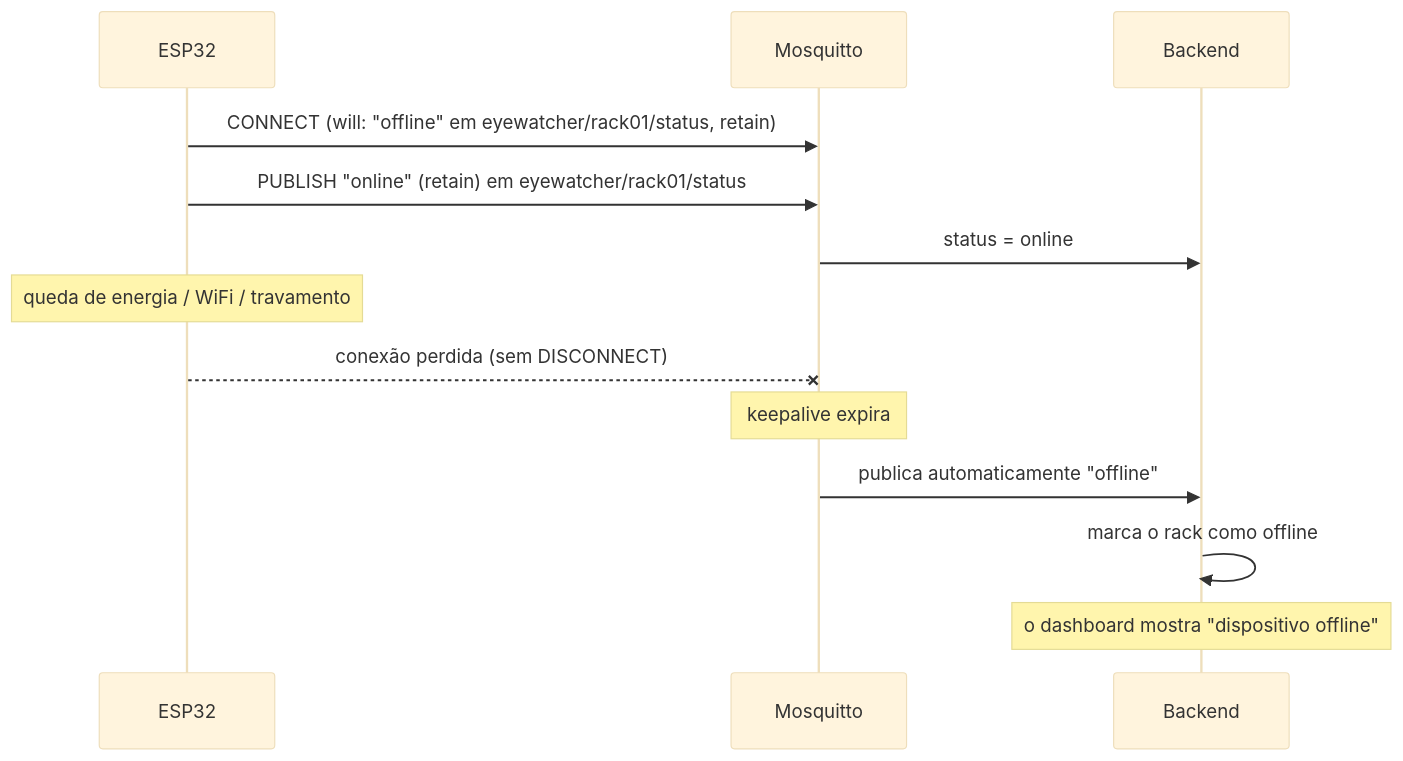
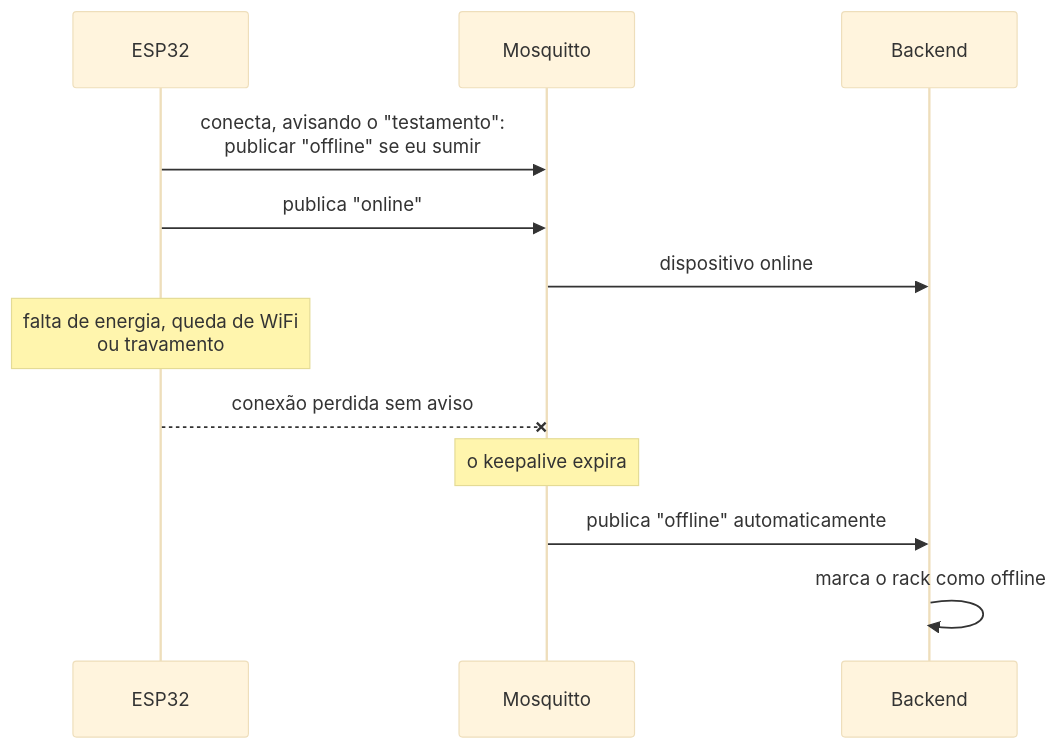
Before and after one commit to dudumiranda3105/eyeWatcher: the third of 3 diagrams in docs/ARQUITETURA.md, drawn with Mermaid (base theme). The commit also changed other lines of this file and 3 other files, not shown here.

````diff
--- a/docs/ARQUITETURA.md
+++ b/docs/ARQUITETURA.md
@@ -80,16 +83,15 @@
 ```mermaid
 sequenceDiagram
     participant E as ESP32
     participant M as Mosquitto
     participant B as Backend
 
-    E->>M: CONNECT (will: "offline" em eyewatcher/rack01/status, retain)
-    E->>M: PUBLISH "online" (retain) em eyewatcher/rack01/status
-    M->>B: status = online
-    Note over E: queda de energia / WiFi / travamento
-    E--xM: conexão perdida (sem DISCONNECT)
-    Note over M: keepalive expira
-    M->>B: publica automaticamente "offline"
+    E->>M: conecta, avisando o "testamento":<br/>publicar "offline" se eu sumir
+    E->>M: publica "online"
+    M->>B: dispositivo online
+    Note over E: falta de energia, queda de WiFi<br/>ou travamento
+    E--xM: conexão perdida sem aviso
+    Note over M: o keepalive expira
+    M->>B: publica "offline" automaticamente
     B->>B: marca o rack como offline
-    Note over B: o dashboard mostra "dispositivo offline"
 ```
````
